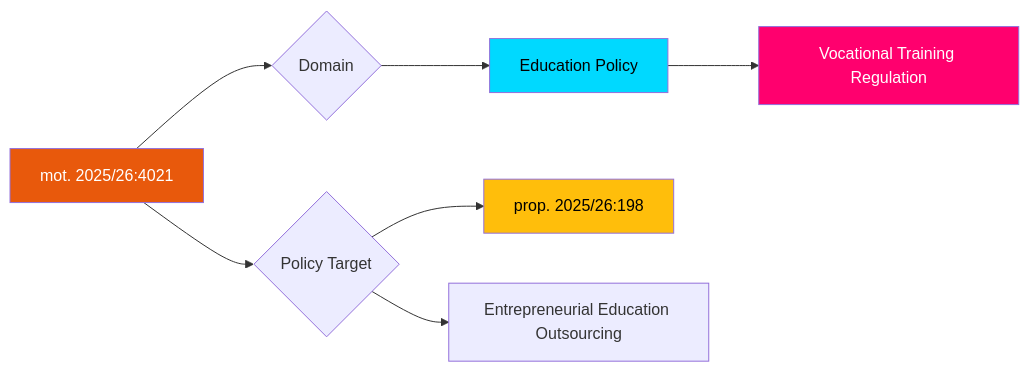
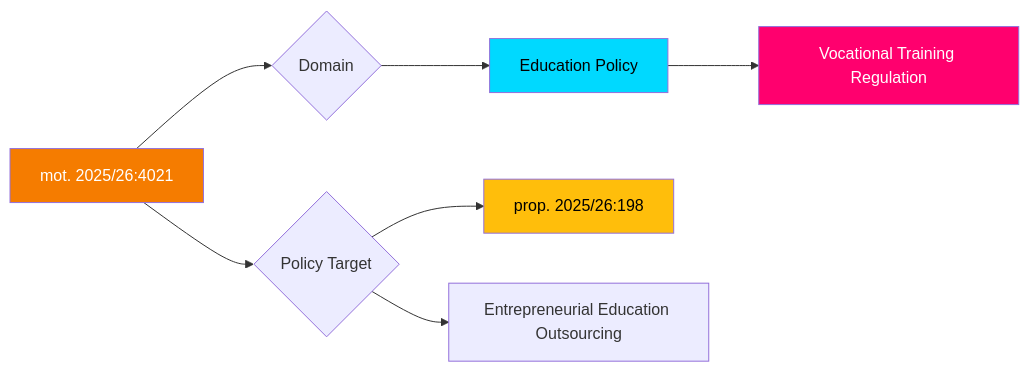
One commit to Hack23/riksdagsmonitor changed the diagram in analysis/daily/2026-04-13/motions/documents/HD024021-analysis.md. Above: the diagram before and after it, drawn with Mermaid. The commit also changed 785 other files, not shown here.

First line of the commit message:
Normalize mermaid colors across 786 analysis artifacts to ISMS Style Guide palette

````diff
--- a/analysis/daily/2026-04-13/motions/documents/HD024021-analysis.md
+++ b/analysis/daily/2026-04-13/motions/documents/HD024021-analysis.md
@@ -25,13 +25,13 @@
 ```mermaid
 graph LR
     A["mot. 2025/26:4021"] --> B{Domain}
     B --> C["Education Policy"]
     C --> D["Vocational Training Regulation"]
     A --> E{Policy Target}
     E --> F["prop. 2025/26:198"]
     E --> G["Entrepreneurial Education Outsourcing"]
-    style A fill:#e8590c,color:#fff
-    style C fill:#00d9ff,color:#000
-    style D fill:#ff006e,color:#fff
-    style F fill:#ffbe0b,color:#000
+    style A fill:#F57C00,color:#FFFFFF
+    style C fill:#00d9ff,color:#000000
+    style D fill:#ff006e,color:#FFFFFF
+    style F fill:#ffbe0b,color:#000000
 ```
````
